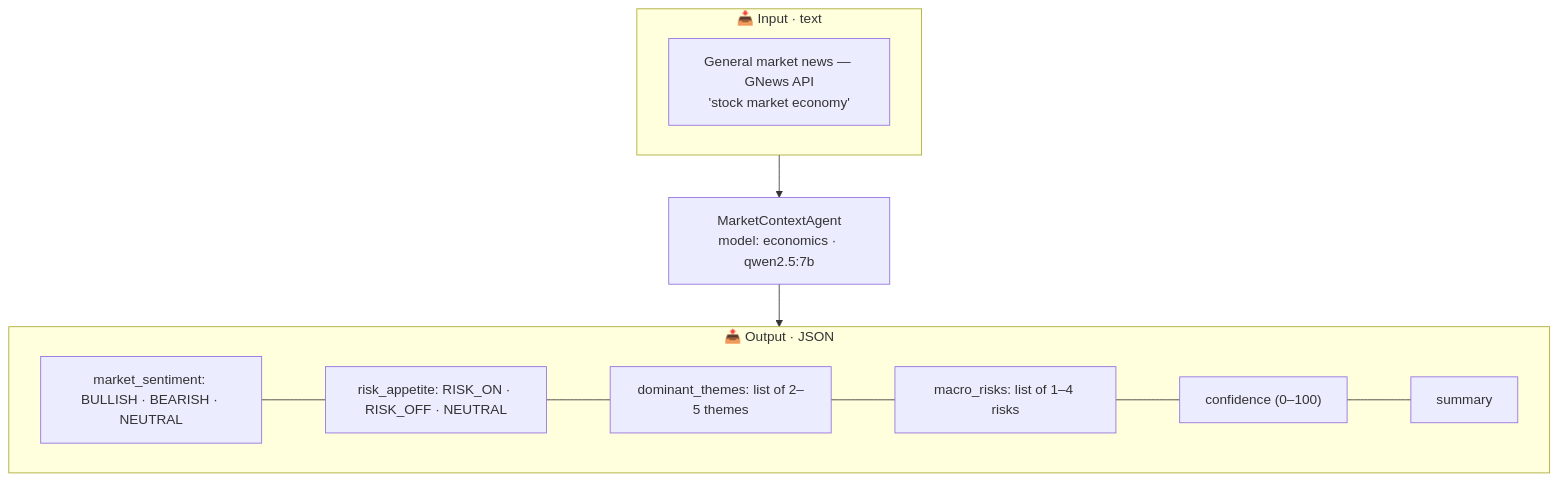
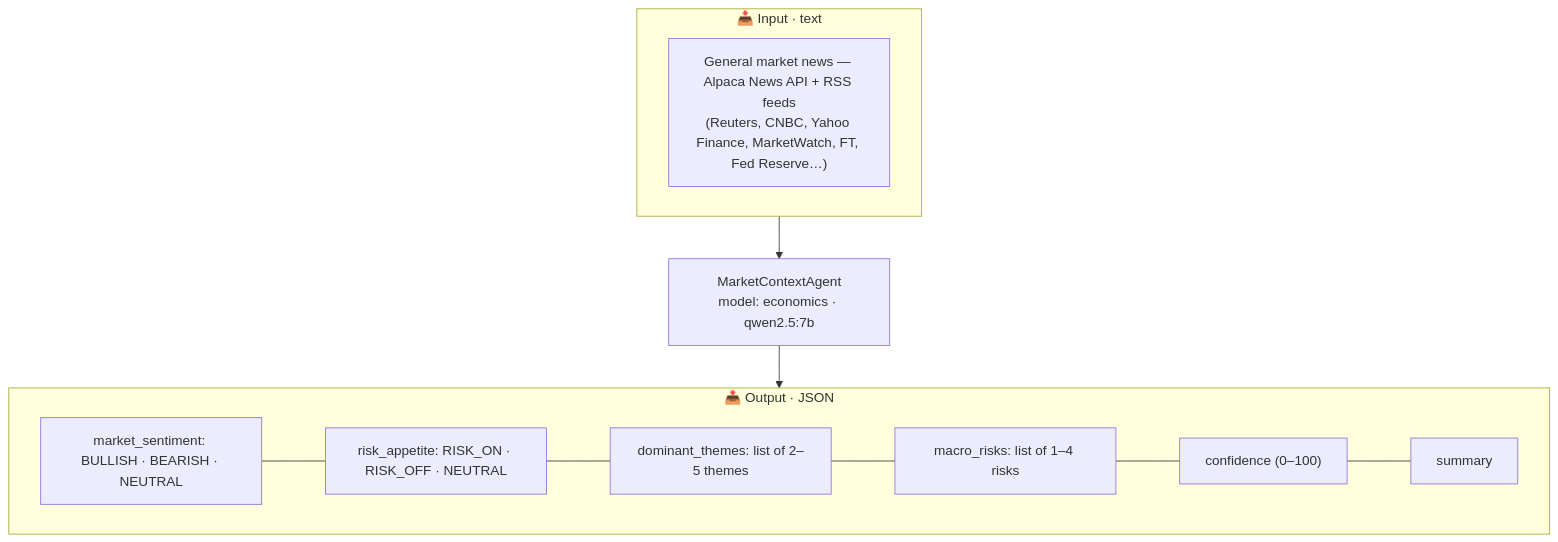
The fourth of 6 diagrams in docs/architecture.md (juandgm13/Trading-AI-Agent), drawn with Mermaid before and after one commit. The commit also changed other lines of this file and 7 other files, not shown here.

````diff
--- a/docs/architecture.md
+++ b/docs/architecture.md
@@ -115,19 +115,19 @@
 ```mermaid
 flowchart TB
     subgraph IN["📥 Input · text"]
-        I1["General market news — GNews API<br/>'stock market economy'"]
+        I1["General market news — Alpaca News API + RSS feeds<br/>(Reuters, CNBC, Yahoo Finance, MarketWatch, FT, Fed Reserve…)"]
     end
 
     AG["MarketContextAgent<br/>model: economics · qwen2.5:7b"]
 
     subgraph OUT["📤 Output · JSON"]
         O1["market_sentiment: BULLISH · BEARISH · NEUTRAL"]
         --- O2["risk_appetite: RISK_ON · RISK_OFF · NEUTRAL"]
         --- O3["dominant_themes: list of 2–5 themes"]
         --- O4["macro_risks: list of 1–4 risks"]
         --- O5["confidence (0–100)"]
         --- O6["summary"]
     end
 
     IN --> AG --> OUT
 ```
````
